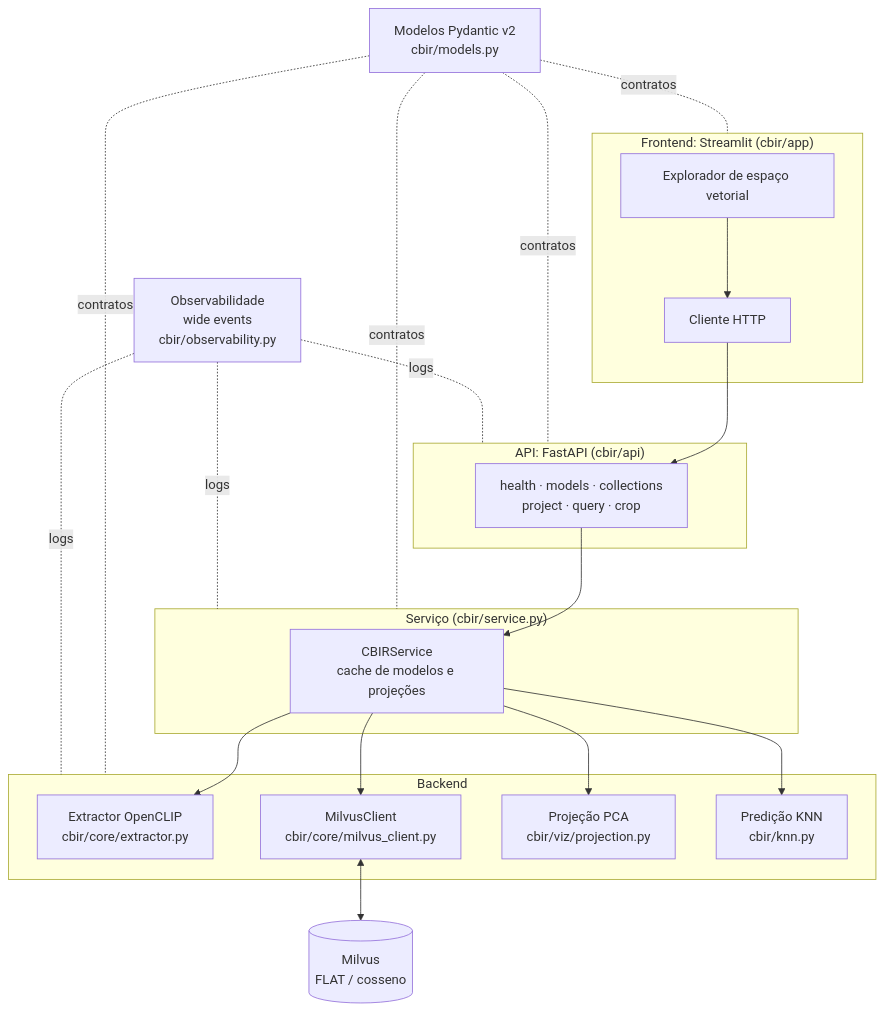
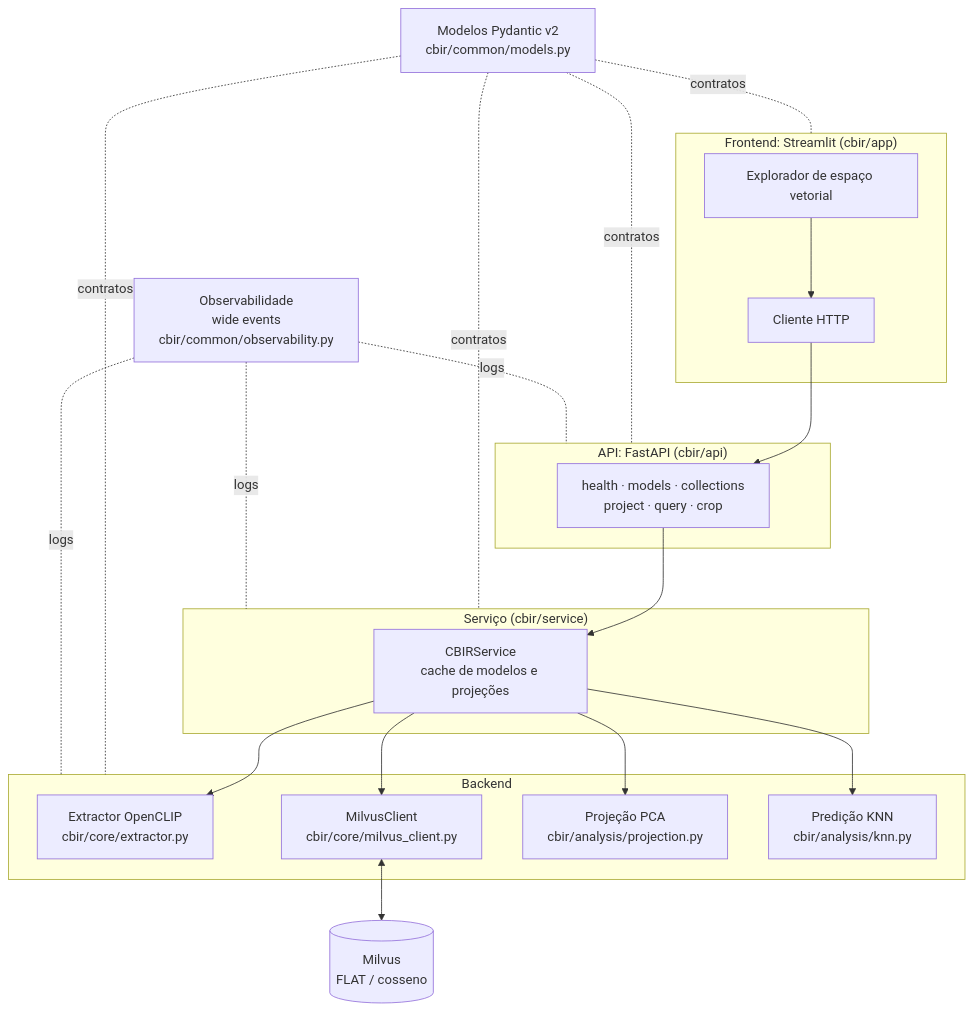
The first of 8 diagrams in docs/RELATORIO.md (gabrivoy/masters-cbir), drawn with Mermaid before and after one commit. The commit also changed other lines of this file and 9 other files, not shown here.

Commit message:
chore: update code references to match new architectural decisions

````diff
--- a/docs/RELATORIO.md
+++ b/docs/RELATORIO.md
@@ -155,28 +155,28 @@
 ```mermaid
 flowchart TB
     subgraph FE["Frontend: Streamlit (cbir/app)"]
       UI[Explorador de espaço vetorial]
       CL[Cliente HTTP]
     end
     subgraph API["API: FastAPI (cbir/api)"]
       EP["health · models · collections<br/>project · query · crop"]
     end
-    subgraph SVC["Serviço (cbir/service.py)"]
+    subgraph SVC["Serviço (cbir/service)"]
       CS[CBIRService<br/>cache de modelos e projeções]
     end
     subgraph BE["Backend"]
       EX[Extractor OpenCLIP<br/>cbir/core/extractor.py]
       MC[MilvusClient<br/>cbir/core/milvus_client.py]
-      PR[Projeção PCA<br/>cbir/viz/projection.py]
-      KN[Predição KNN<br/>cbir/knn.py]
+      PR[Projeção PCA<br/>cbir/analysis/projection.py]
+      KN[Predição KNN<br/>cbir/analysis/knn.py]
     end
     DB[(Milvus<br/>FLAT / cosseno)]
-    MODELS[Modelos Pydantic v2<br/>cbir/models.py]
-    OBS[Observabilidade<br/>wide events<br/>cbir/observability.py]
+    MODELS[Modelos Pydantic v2<br/>cbir/common/models.py]
+    OBS[Observabilidade<br/>wide events<br/>cbir/common/observability.py]
 
     UI --> CL --> EP --> CS
     CS --> EX & MC & PR & KN
     MC <--> DB
     MODELS -.contratos.- FE & API & SVC & BE
     OBS -.logs.- API & SVC & BE
 ```
````
